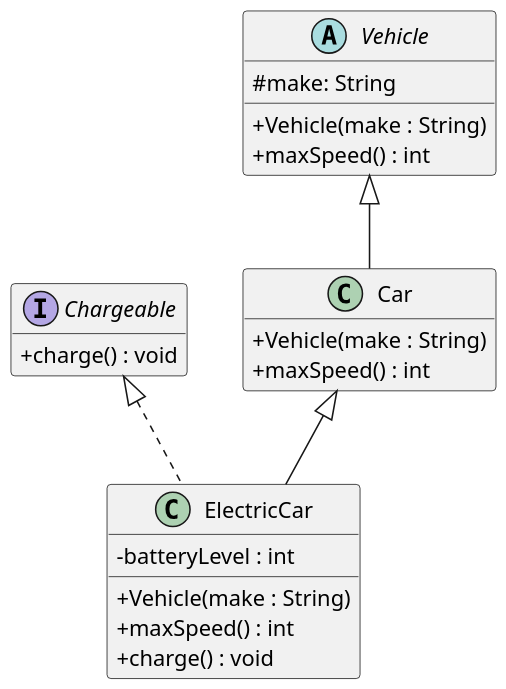
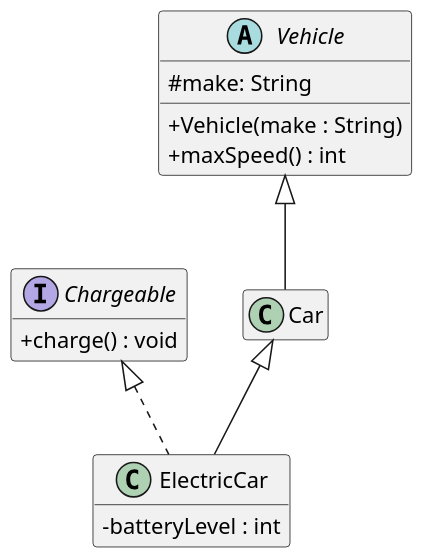
Before and after one commit to leiz123321/207-course-notes: the diagram in plantuml/exercises/vehicles-uml-starter.puml, drawn with PlantUML.

Commit message:
UML exercise change

```diff
--- a/plantuml/exercises/vehicles-uml-starter.puml
+++ b/plantuml/exercises/vehicles-uml-starter.puml
@@ -1,47 +1,42 @@
 @startuml
 skinparam dpi 150
 skinparam classAttributeIconSize 0
 hide empty members
 
 ' Your task (Chapter 3, Question 2): draw the UML class diagram for the
 ' Vehicle / Car / ElectricCar / Chargeable code.
 '
 ' Define each type as a box, then connect them with the right arrows. One box
 ' (Chargeable) is filled in as an example — complete the other three and add the
 ' relationships.
 '
 ' PlantUML cheat-sheet:
 '   interface Name { + method() : Type }
 '   abstract class Name { # field : Type }
 '   class Name { - field : Type }
 '   Parent    <|-- Child    ' generalization: Child extends Parent
 '   Interface <|.. Class    ' realization:    Class implements Interface
 ' (Putting the parent/interface on the LEFT of the arrow keeps it on top.)
 
 interface Chargeable {
   + charge() : void
 }
 
 abstract class Vehicle {
   # make: String
   + Vehicle(make : String)
   + maxSpeed() : int
 }
 
 class Car {
-  + Vehicle(make : String)
-  + maxSpeed() : int
 }
 
 class ElectricCar {
   - batteryLevel : int
-  + Vehicle(make : String)
-  + maxSpeed() : int
-  + charge() : void
 }
 
 Chargeable <|.. ElectricCar
 Car <|-- ElectricCar
 Vehicle <|-- Car
 
 @enduml
```
